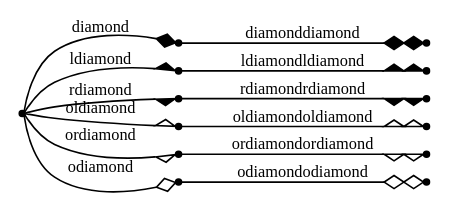
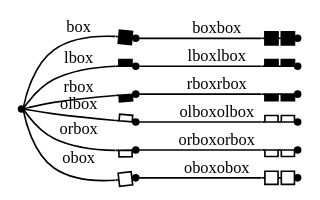
The diagram in out/clusters.out.08.002.gv (graphviz-perl/GraphViz2-Marpa-PathUtils), drawn with Graphviz before and after one commit. The commit also changed 40 other files, not shown here.

```diff
--- a/out/clusters.out.08.002.gv
+++ b/out/clusters.out.08.002.gv
@@ -1,19 +1,19 @@
 digraph G
 {
 	graph[rankdir = "LR" nodesep = "0"]
 	node[shape = "point" label = ""]
 	edge[fontsize = "10"]
-	_diamond -> diamond[arrowhead = "diamond" label = "diamond"]
-	diamond -> diamonddiamond[arrowhead = "diamonddiamond" label = "diamonddiamond"]
-	_diamond -> ldiamond[arrowhead = "ldiamond" label = "ldiamond"]
-	ldiamond -> ldiamondldiamond[arrowhead = "ldiamondldiamond" label = "ldiamondldiamond"]
-	_diamond -> rdiamond[arrowhead = "rdiamond" label = "rdiamond"]
-	rdiamond -> rdiamondrdiamond[arrowhead = "rdiamondrdiamond" label = "rdiamondrdiamond"]
-	_diamond -> oldiamond[arrowhead = "oldiamond" label = "oldiamond"]
-	oldiamond -> oldiamondoldiamond[arrowhead = "oldiamondoldiamond" label = "oldiamondoldiamond"]
-	_diamond -> ordiamond[arrowhead = "ordiamond" label = "ordiamond"]
-	ordiamond -> ordiamondordiamond[arrowhead = "ordiamondordiamond" label = "ordiamondordiamond"]
-	_diamond -> odiamond[arrowhead = "odiamond" label = "odiamond"]
-	odiamond -> odiamondodiamond[arrowhead = "odiamondodiamond" label = "odiamondodiamond"]
+	_box -> box[arrowhead = "box" label = "box"]
+	box -> boxbox[arrowhead = "boxbox" label = "boxbox"]
+	_box -> lbox[arrowhead = "lbox" label = "lbox"]
+	lbox -> lboxlbox[arrowhead = "lboxlbox" label = "lboxlbox"]
+	_box -> rbox[arrowhead = "rbox" label = "rbox"]
+	rbox -> rboxrbox[arrowhead = "rboxrbox" label = "rboxrbox"]
+	_box -> olbox[arrowhead = "olbox" label = "olbox"]
+	olbox -> olboxolbox[arrowhead = "olboxolbox" label = "olboxolbox"]
+	_box -> orbox[arrowhead = "orbox" label = "orbox"]
+	orbox -> orboxorbox[arrowhead = "orboxorbox" label = "orboxorbox"]
+	_box -> obox[arrowhead = "obox" label = "obox"]
+	obox -> oboxobox[arrowhead = "oboxobox" label = "oboxobox"]
 
 }
```
